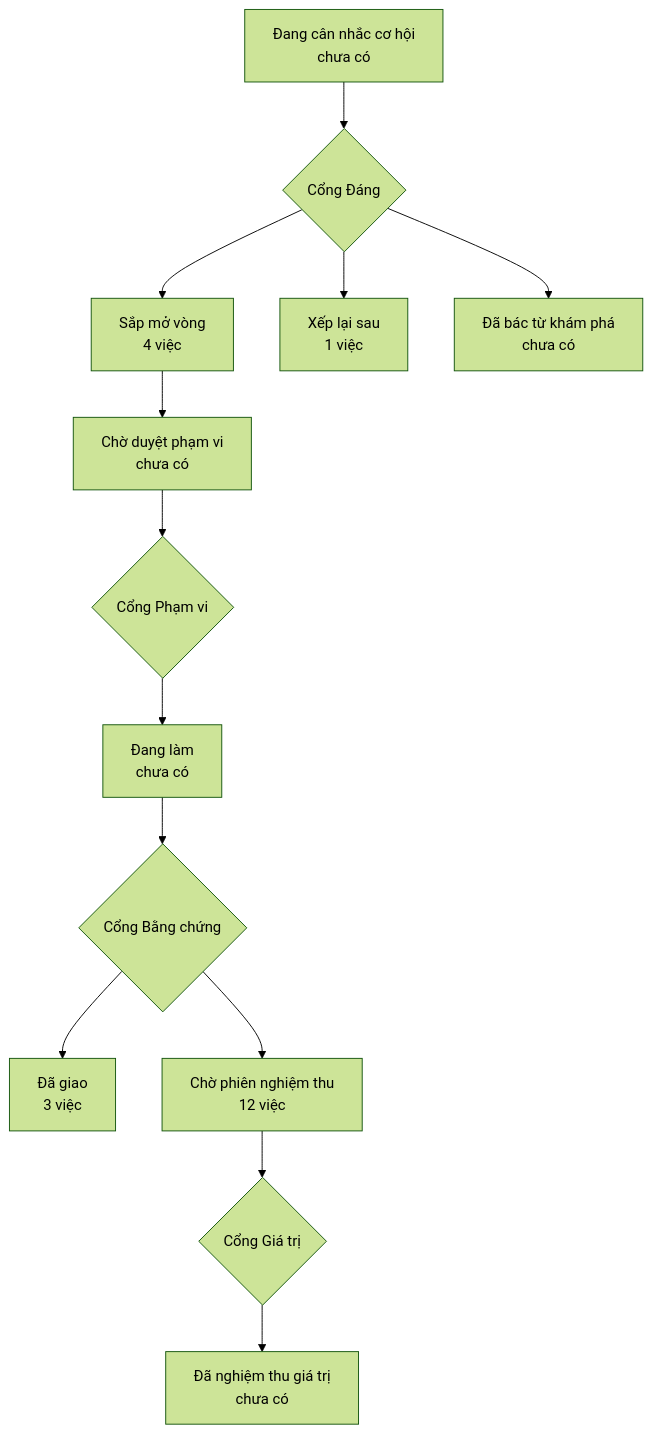
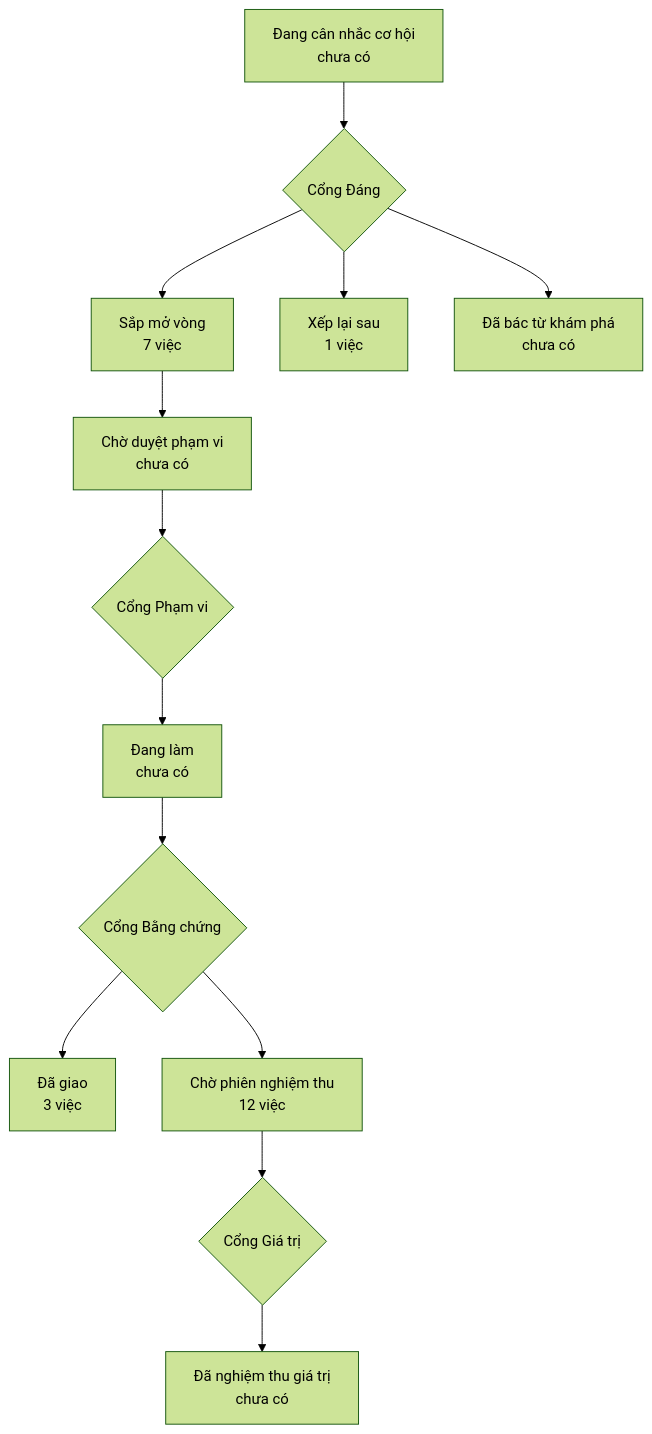
The diagram in PRODUCT-MAP.md (phanlemanh/onehub-quy-hang), drawn with Mermaid (forest theme) before and after one commit. The commit also changed other lines of this file and 1 other file, not shown here.

````diff
--- a/PRODUCT-MAP.md
+++ b/PRODUCT-MAP.md
@@ -7,12 +7,12 @@
 ```mermaid
 flowchart TD
   A["Đang cân nhắc cơ hội<br/>chưa có"] --> GD{"Cổng Đáng"}
-  GD --> B["Sắp mở vòng<br/>4 việc"]
+  GD --> B["Sắp mở vòng<br/>7 việc"]
   GD --> XL["Xếp lại sau<br/>1 việc"]
   GD --> DB["Đã bác từ khám phá<br/>chưa có"]
   B --> CD["Chờ duyệt phạm vi<br/>chưa có"] --> GP{"Cổng Phạm vi"}
   GP --> DL["Đang làm<br/>chưa có"] --> GB{"Cổng Bằng chứng"}
   GB --> DG["Đã giao<br/>3 việc"]
   GB --> CN["Chờ phiên nghiệm thu<br/>12 việc"] --> GG{"Cổng Giá trị"}
   GG --> NT["Đã nghiệm thu giá trị<br/>chưa có"]
 ```
````
